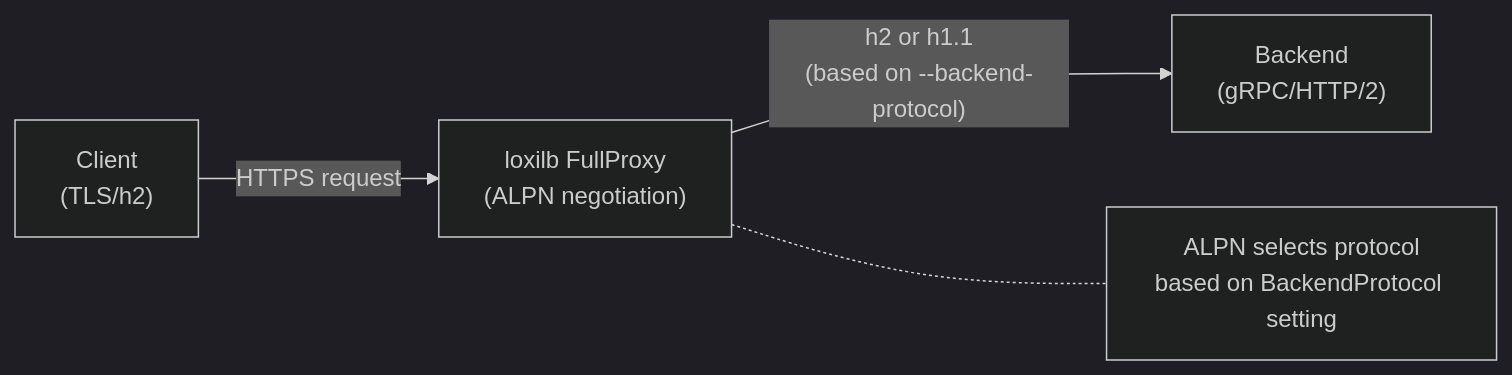
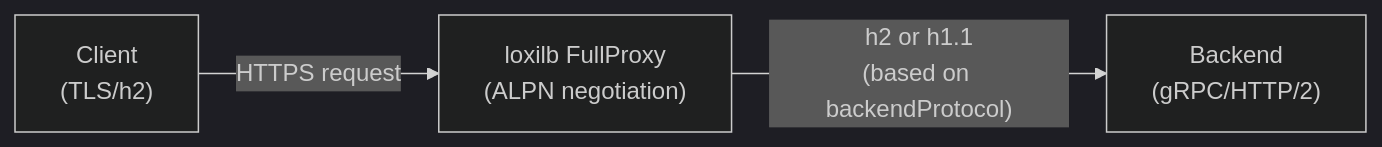
The diagram in docs/network-gateway/http2-proxy.md (NLX-SeokHwanKong/loxilbdocs), drawn with Mermaid (dark theme) before and after one commit. The commit also changed other lines of this file and 1 other file, not shown here.

First line of the commit message:
docs(08-02): rewrite https-proxy, http2-proxy to REST API-first format

````diff
--- a/docs/network-gateway/http2-proxy.md
+++ b/docs/network-gateway/http2-proxy.md
@@ -32,7 +26,5 @@
 ```mermaid
 flowchart LR
     A["Client\n(TLS/h2)"] -->|"HTTPS request"| B["loxilb FullProxy\n(ALPN negotiation)"]
-    B -->|"h2 or h1.1\n(based on --backend-protocol)"| C["Backend\n(gRPC/HTTP/2)"]
-
-    B -.- B1["ALPN selects protocol\nbased on BackendProtocol setting"]
+    B -->|"h2 or h1.1\n(based on backendProtocol)"| C["Backend\n(gRPC/HTTP/2)"]
 ```
````
